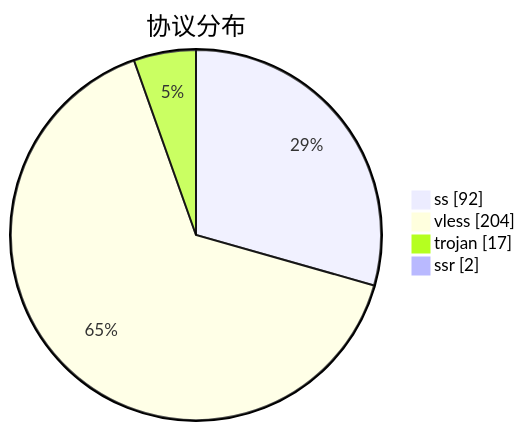
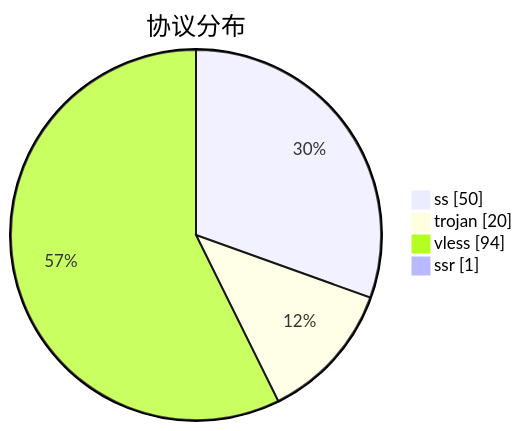
Before and after one commit to qjlxg/airport: the third of 3 diagrams in subs/statistics/tested_within.md, drawn with Mermaid. The commit also changed other lines of this file and 2 other files, not shown here.

````diff
--- a/subs/statistics/tested_within.md
+++ b/subs/statistics/tested_within.md
@@ -20,8 +18,8 @@
 ```mermaid
 pie showData
 title 协议分布
-"ss" : 92
-"vless" : 204
-"trojan" : 17
-"ssr" : 2
+"ss" : 50
+"trojan" : 20
+"vless" : 94
+"ssr" : 1
 ```
````
